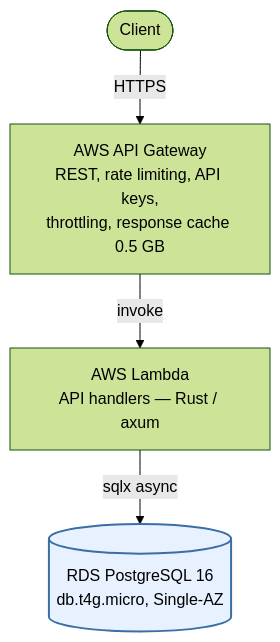
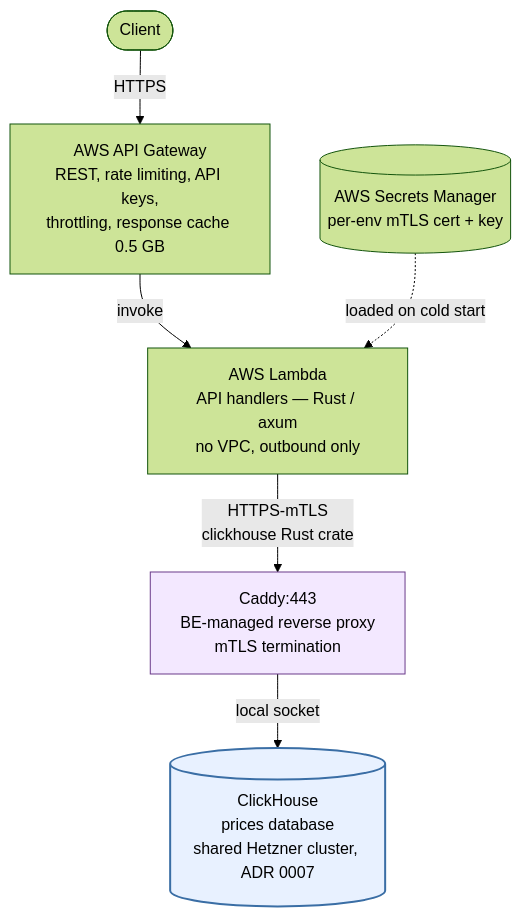
Before and after one commit to rumblefishdev/stellar-prices-api: the first of 13 diagrams in docs/database-schema/database-schema-overview.md, drawn with Mermaid (forest theme). The commit also changed other lines of this file and 2 other files, not shown here.

First line of the commit message:
docs(lore-0049): rewrite database-schema/ for ADR 0007 (Hetzner CH)

````diff
--- a/docs/database-schema/database-schema-overview.md
+++ b/docs/database-schema/database-schema-overview.md
@@ -48,9 +67,13 @@
 ```mermaid
 flowchart TD
     Client([Client]) -->|HTTPS| APIGW[AWS API Gateway<br/>REST, rate limiting, API keys,<br/>throttling, response cache 0.5 GB]
-    APIGW -->|invoke| Lambda[AWS Lambda<br/>API handlers — Rust / axum]
-    Lambda -->|sqlx async| RDS[(RDS PostgreSQL 16<br/>db.t4g.micro, Single-AZ)]
+    APIGW -->|invoke| Lambda[AWS Lambda<br/>API handlers — Rust / axum<br/>no VPC, outbound only]
+    Lambda -->|HTTPS-mTLS<br/>clickhouse Rust crate| Caddy[Caddy:443<br/>BE-managed reverse proxy<br/>mTLS termination]
+    Caddy -->|local socket| CH[(ClickHouse<br/>prices database<br/>shared Hetzner cluster, ADR 0007)]
+    SM[(AWS Secrets Manager<br/>per-env mTLS cert + key)] -.->|loaded on cold start| Lambda
 
     classDef store fill:#e8f1ff,stroke:#3a6ea5,stroke-width:2px;
-    class RDS store;
+    classDef external fill:#f3e8ff,stroke:#6a3a8a,stroke-width:1px;
+    class CH store;
+    class Caddy external;
 ```
````
